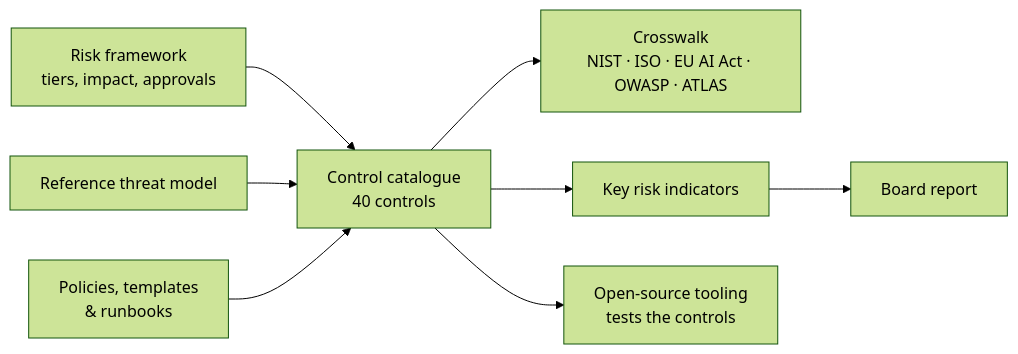
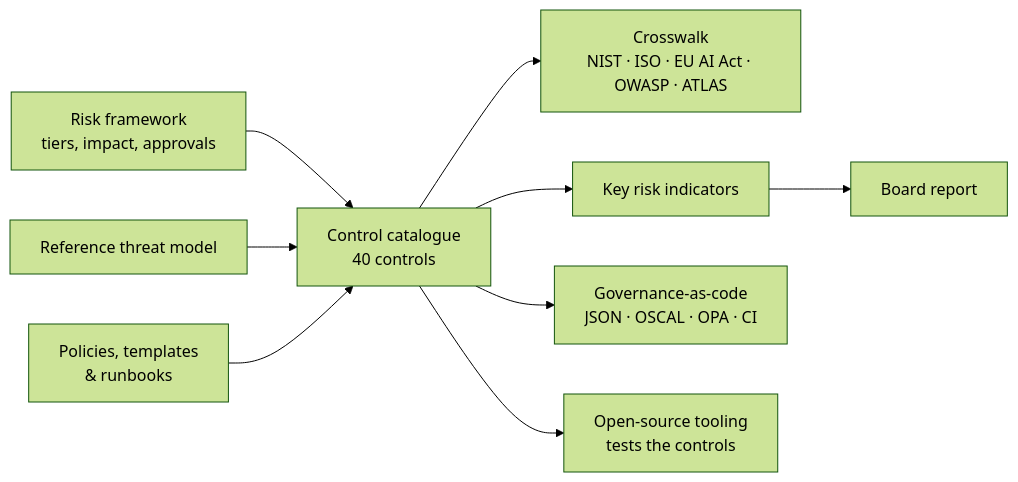
One commit to thenayanhazra/ai-security-governance changed the diagram in README.md. Above: the diagram before and after it, drawn with Mermaid (forest theme). The commit also changed other lines of this file and 28 other files, not shown here.

Commit message:
Phase 3: move KRIs/threats to YAML, emit JSON/OSCAL/selector, add OPA/MCP/CI starters and pytest suite

````diff
--- a/README.md
+++ b/README.md
@@ -32,10 +35,11 @@
 ```mermaid
 flowchart LR
   F["Risk framework<br/>tiers, impact, approvals"] --> C["Control catalogue<br/>40 controls"]
   C --> X["Crosswalk<br/>NIST · ISO · EU AI Act · OWASP · ATLAS"]
   C --> K["Key risk indicators"]
   K --> B["Board report"]
   T["Reference threat model"] --> C
   P["Policies, templates<br/>& runbooks"] --> C
+  C --> G["Governance-as-code<br/>JSON · OSCAL · OPA · CI"]
   C --> O["Open-source tooling<br/>tests the controls"]
 ```
````
